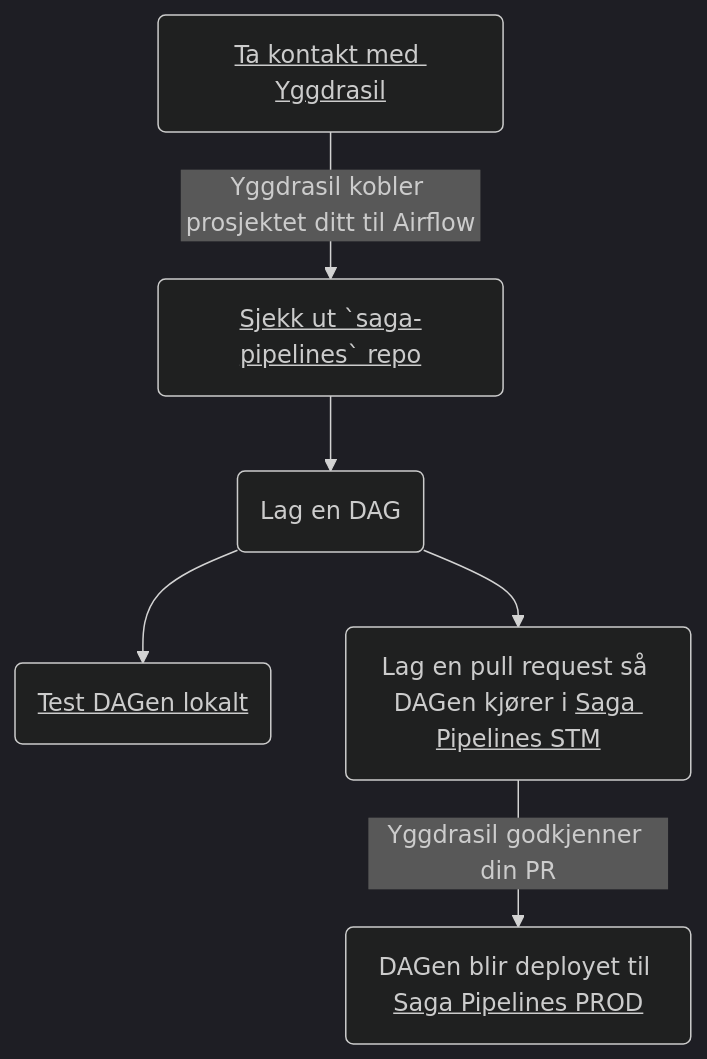
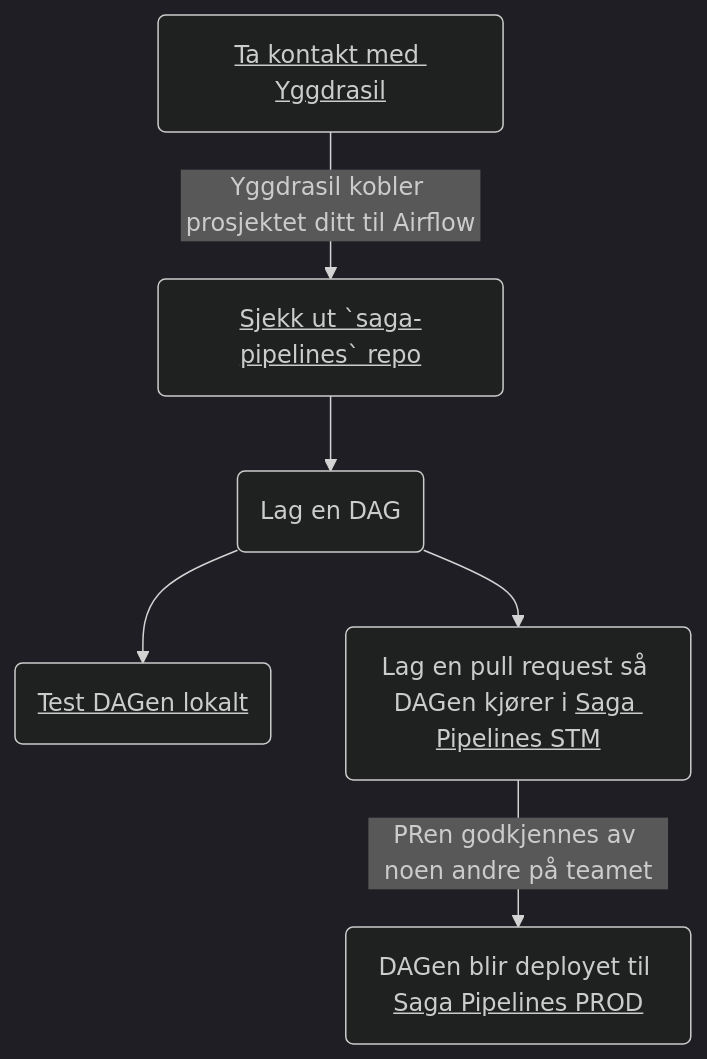
One commit to rasmusbauck/docs-public changed the diagram in docs/07-hvordan-bygge-pipelines-i-saga/03-hvordan-lage-pipelines.md. Above: the diagram before and after it, drawn with Mermaid (dark theme). The commit also changed other lines of this file and 1 other file, not shown here.

Commit message:
Add docs about running DAG directly

````diff
--- a/docs/07-hvordan-bygge-pipelines-i-saga/03-hvordan-lage-pipelines.md
+++ b/docs/07-hvordan-bygge-pipelines-i-saga/03-hvordan-lage-pipelines.md
@@ -5,15 +5,15 @@
 ```mermaid
 graph TD
   A(<u>Ta kontakt med Yggdrasil</u>) --> |Yggdrasil kobler prosjektet ditt til Airflow|B
   click A href "https://vegvesen.slack.com/archives/C03LGD7TM5Z" "Åpne #saga-support i Slack" _blank
 	B(<u>Sjekk ut `saga-pipelines` repo</u>) --> C
   click B href "https://github.com/svvsaga/saga-pipelines" _blank
   C(Lag en DAG) --> D
 	C --> E
   D(<u>Test DAGen lokalt</u>)
   click D "https://github.com/svvsaga/saga-pipelines#kj%C3%B8re-airflow-lokalt" _blank
-  E(Lag en pull request så DAGen kjører i <u>Saga Pipelines STM</u>) --> |Yggdrasil godkjenner din PR|F
+  E(Lag en pull request så DAGen kjører i <u>Saga Pipelines STM</u>) --> |PRen godkjennes av noen andre på teamet|F
   click E href "https://console.cloud.google.com/composer/environments/detail/europe-west1/saga-pipelines-stm-composer/dags?project=saga-pipelines-stm" _blank
   F(DAGen blir deployet til <u>Saga Pipelines PROD</u>)
   click F href "https://console.cloud.google.com/composer/environments/detail/europe-west1/saga-pipelines-prod-composer/dags?project=saga-pipelines-prod" _blank
 ```
````
